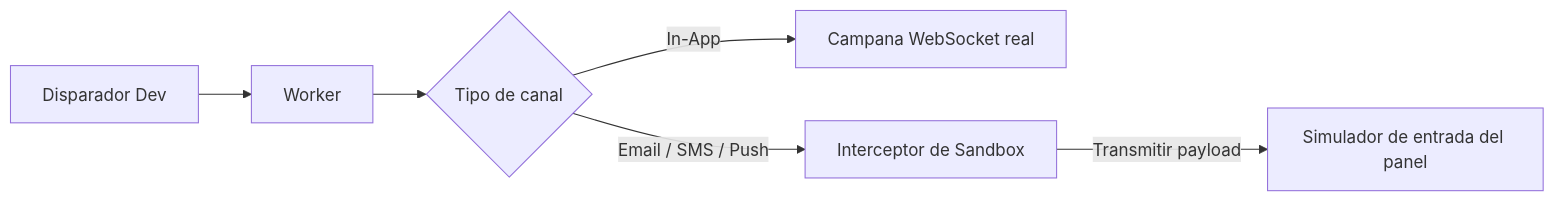
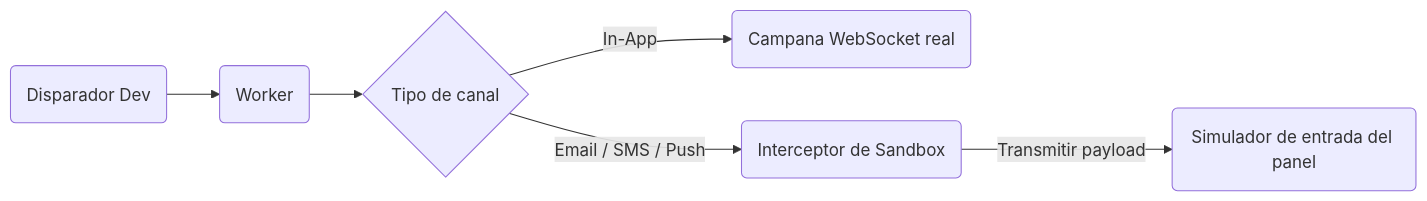
The first of 2 diagrams in content/docs/es/platform/getting-started/environments.mdx (KriyanshKhunt/nexus_docs), drawn with Mermaid before and after one commit. The commit also changed 25 other files, not shown here.

Commit message:
Handle en Mermaid charts

````diff
--- a/content/docs/es/platform/getting-started/environments.mdx
+++ b/content/docs/es/platform/getting-started/environments.mdx
@@ -32,8 +32,8 @@
 ```mermaid
 flowchart LR
-    Trigger[Disparador Dev] --> Worker[Worker]
+    Trigger(Disparador Dev) --> Worker(Worker)
     Worker --> Channel{Tipo de canal}
-    Channel -->|In-App| WebSocket[Campana WebSocket real]
-    Channel -->|Email / SMS / Push| Sandbox[Interceptor de Sandbox]
-    Sandbox -->|Transmitir payload| UI[Simulador de entrada del panel]
+    Channel -->|In-App| WebSocket(Campana WebSocket real)
+    Channel -->|Email / SMS / Push| Sandbox(Interceptor de Sandbox)
+    Sandbox -->|Transmitir payload| UI(Simulador de entrada del panel)
 ```
````
